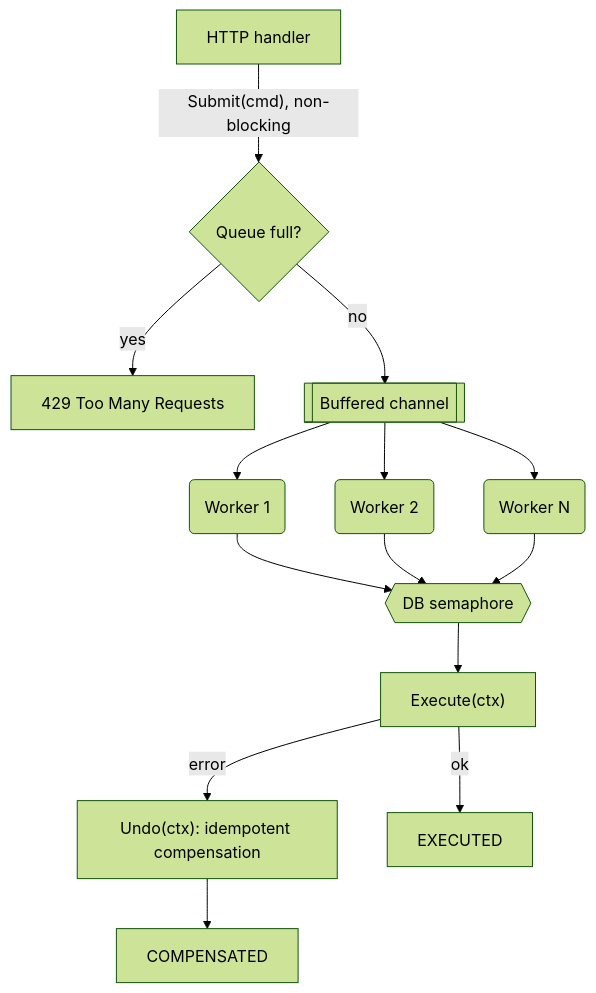
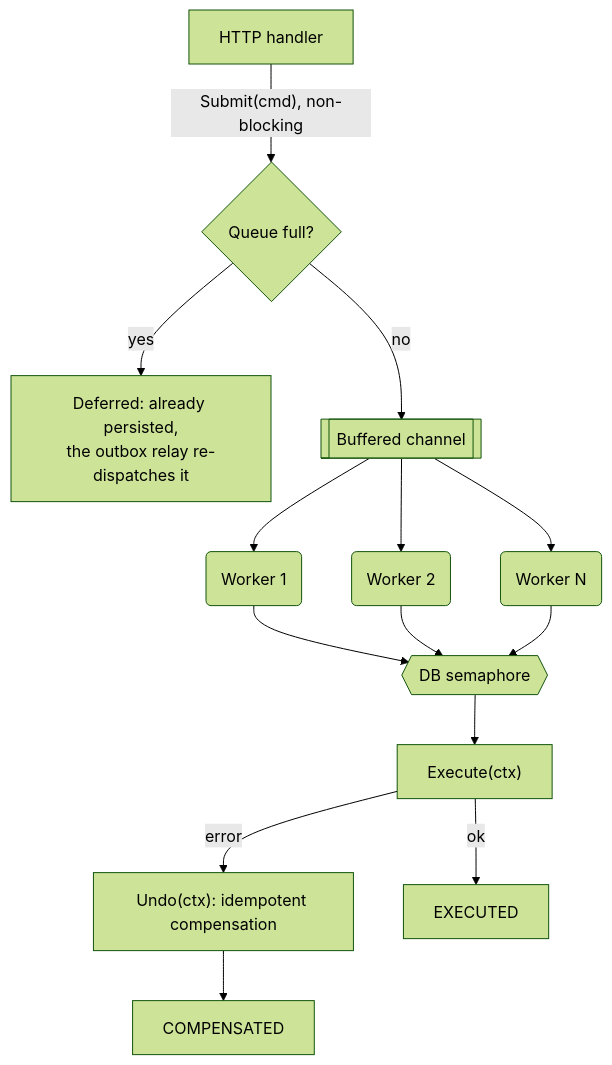
Before and after one commit to ggonzalez36/AI-Advisor: the diagram in docs/adr/001-command-worker-pool-go.md, drawn with Mermaid. The commit also changed other lines of this file and 35 other files, not shown here.

````diff
--- a/docs/adr/001-command-worker-pool-go.md
+++ b/docs/adr/001-command-worker-pool-go.md
@@ -21,13 +21,13 @@
 ```mermaid
 %%{init: {"theme": "forest"}}%%
 flowchart TD
     H[HTTP handler] -->|"Submit(cmd), non-blocking"| Q{Queue full?}
-    Q -- yes --> R[429 Too Many Requests]
+    Q -- yes --> R["Deferred: already persisted,<br/>the outbox relay re-dispatches it"]
     Q -- no --> C[[Buffered channel]]
     C --> W1(Worker 1) & W2(Worker 2) & WN(Worker N)
     W1 & W2 & WN --> S{{DB semaphore}}
     S --> E["Execute(ctx)"]
     E -- error --> U["Undo(ctx): idempotent compensation"]
     E -- ok --> D[EXECUTED]
     U --> X[COMPENSATED]
 ```
````
